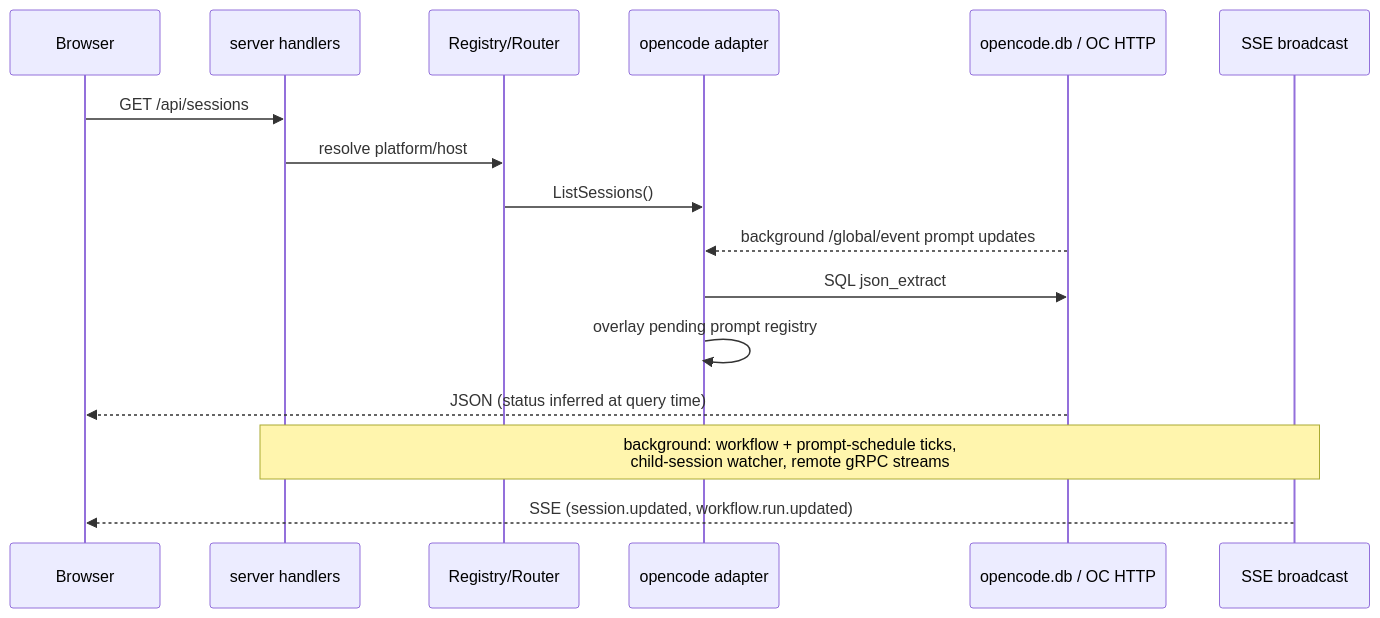
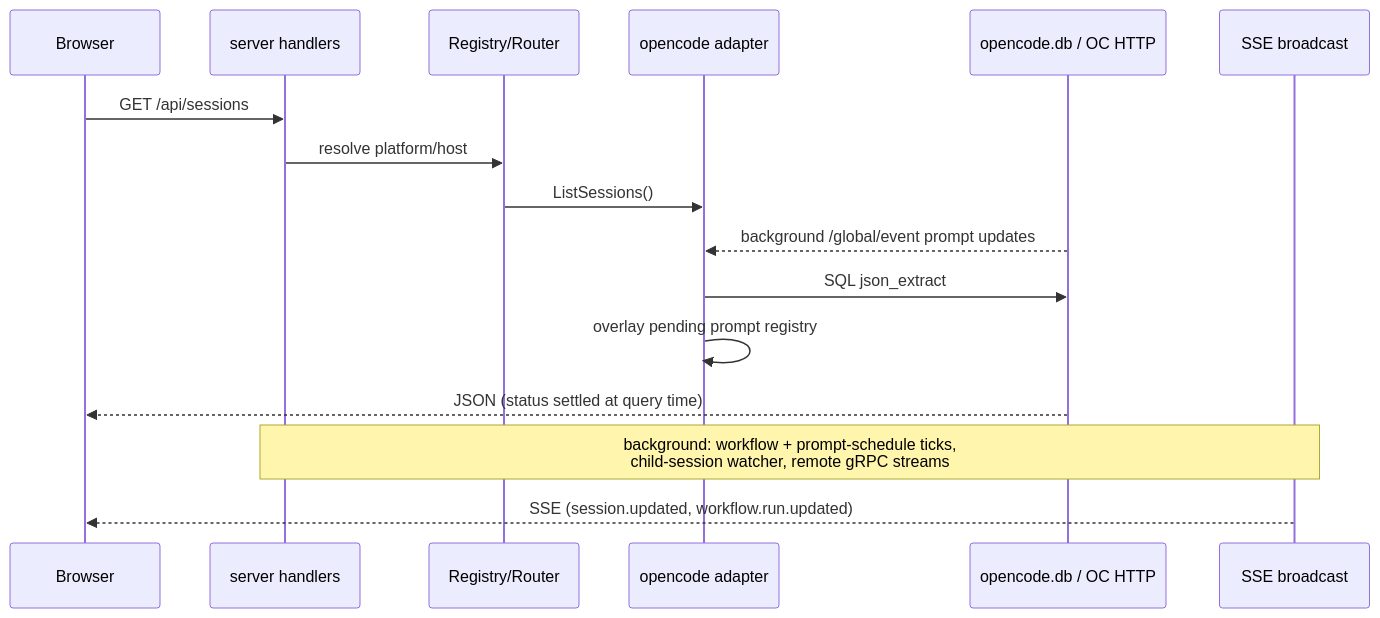
Before and after one commit to ocman/ocman: the fourth of 5 diagrams in docs/other/architecture.md, drawn with Mermaid. The commit also changed other lines of this file and 1 other file, not shown here.

Commit message:
docs: fix stale session-status and MCP web-UI port claims

````diff
--- a/docs/other/architecture.md
+++ b/docs/other/architecture.md
@@ -204,19 +204,19 @@
 ```mermaid
 sequenceDiagram
     participant B as Browser
     participant S as server handlers
     participant R as Registry/Router
     participant A as opencode adapter
     participant D as opencode.db / OC HTTP
     participant E as SSE broadcast
 
     B->>S: GET /api/sessions
     S->>R: resolve platform/host
     R->>A: ListSessions()
     D-->>A: background /global/event prompt updates
     A->>D: SQL json_extract
     A->>A: overlay pending prompt registry
-    D-->>B: JSON (status inferred at query time)
+    D-->>B: JSON (status settled at query time)
      Note over S,E: background: workflow + prompt-schedule ticks,<br/>child-session watcher, remote gRPC streams
      E-->>B: SSE (session.updated, workflow.run.updated)
 ```
````
